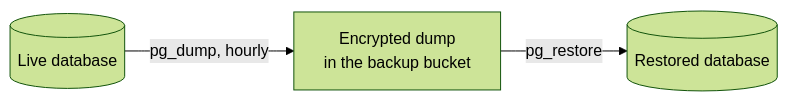
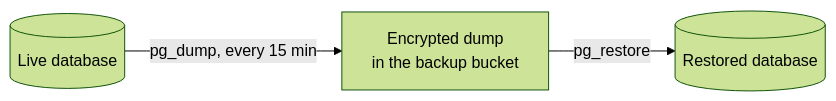
The second of 2 diagrams in docs/architecture/08-postgresql.md (sindredg/k8s-dr), drawn with Mermaid (forest theme) before and after one commit. The commit also changed other lines of this file and 12 other files, not shown here.

````diff
--- a/docs/architecture/08-postgresql.md
+++ b/docs/architecture/08-postgresql.md
@@ -44,5 +44,5 @@
 ```mermaid
 flowchart LR
-    live[("Live database")] -- "pg_dump, hourly" --> dump["Encrypted dump<br/>in the backup bucket"]
+    live[("Live database")] -- "pg_dump, every 15 min" --> dump["Encrypted dump<br/>in the backup bucket"]
     dump -- "pg_restore" --> restored[("Restored database")]
 ```
````
